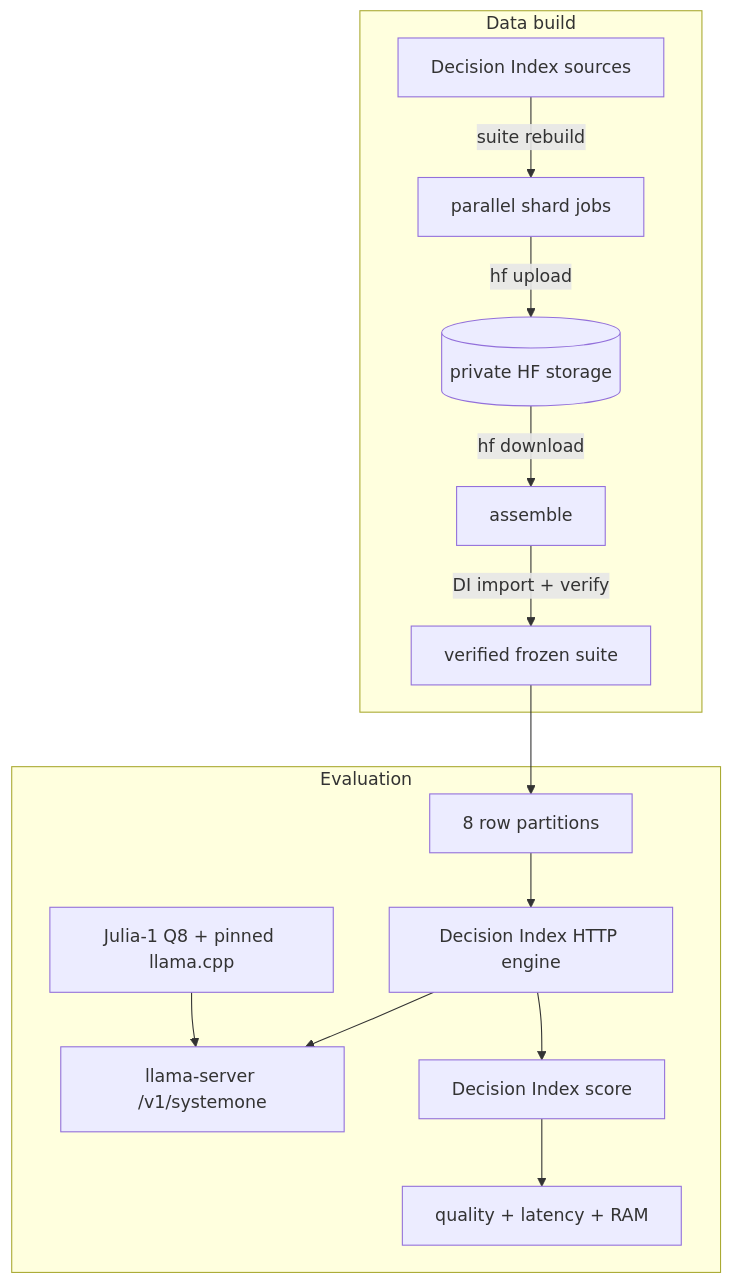
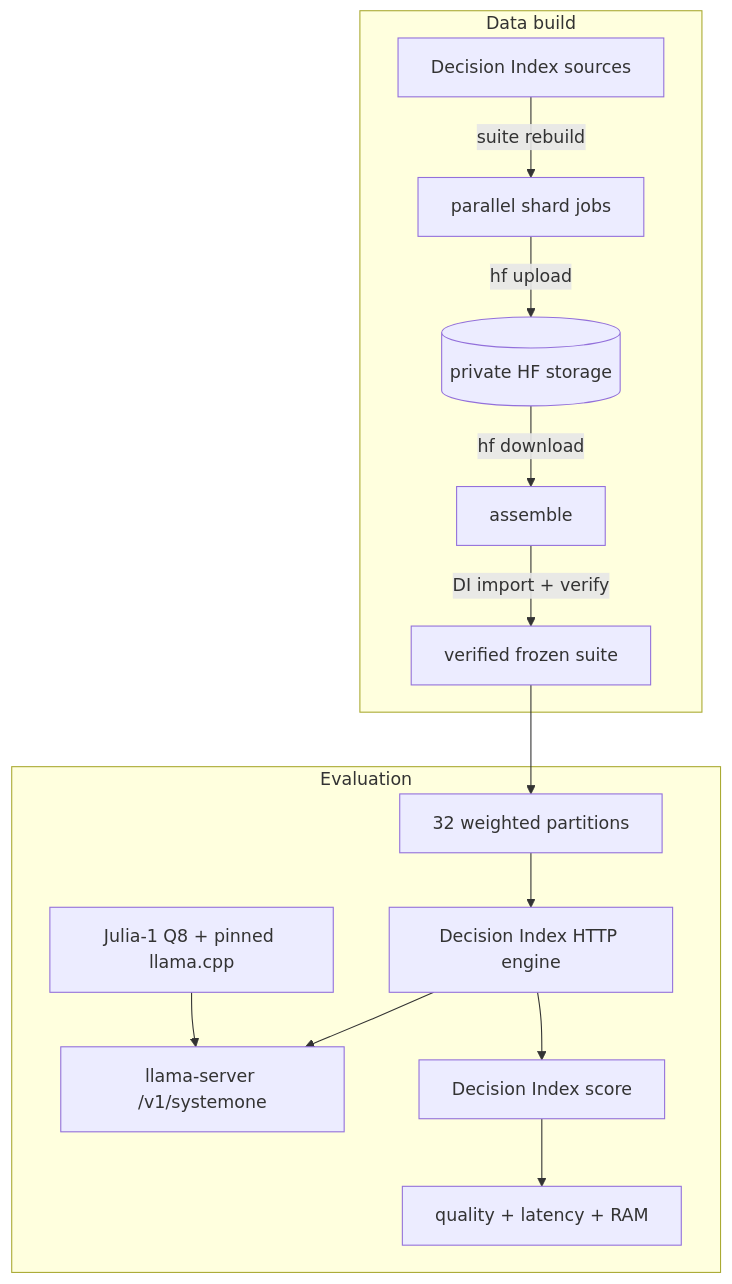
Before and after one commit to datGryphon/systemone-eval: the diagram in .github/README.md, drawn with Mermaid. The commit also changed other lines of this file and 2 other files, not shown here.

````diff
--- a/.github/README.md
+++ b/.github/README.md
@@ -11,31 +11,31 @@
 ```mermaid
 flowchart TD
     subgraph BUILD["Data build"]
         DI[Decision Index sources]
         SHARDS[parallel shard jobs]
         STORE[(private HF storage)]
         ASSEMBLE[assemble]
         SUITE[verified frozen suite]
 
         DI -->|suite rebuild| SHARDS
         SHARDS -->|hf upload| STORE
         STORE -->|hf download| ASSEMBLE
         ASSEMBLE -->|DI import + verify| SUITE
     end
 
     subgraph EVAL["Evaluation"]
-        SPLIT[8 row partitions]
+        SPLIT[32 weighted partitions]
         MODEL[Julia-1 Q8 + pinned llama.cpp]
         SERVER[llama-server /v1/systemone]
         ENGINE[Decision Index HTTP engine]
         SCORE[Decision Index score]
         RESULTS[quality + latency + RAM]
 
         SUITE --> SPLIT
         SPLIT --> ENGINE
         MODEL --> SERVER
         ENGINE --> SERVER
         ENGINE --> SCORE
         SCORE --> RESULTS
     end
 ```
````
